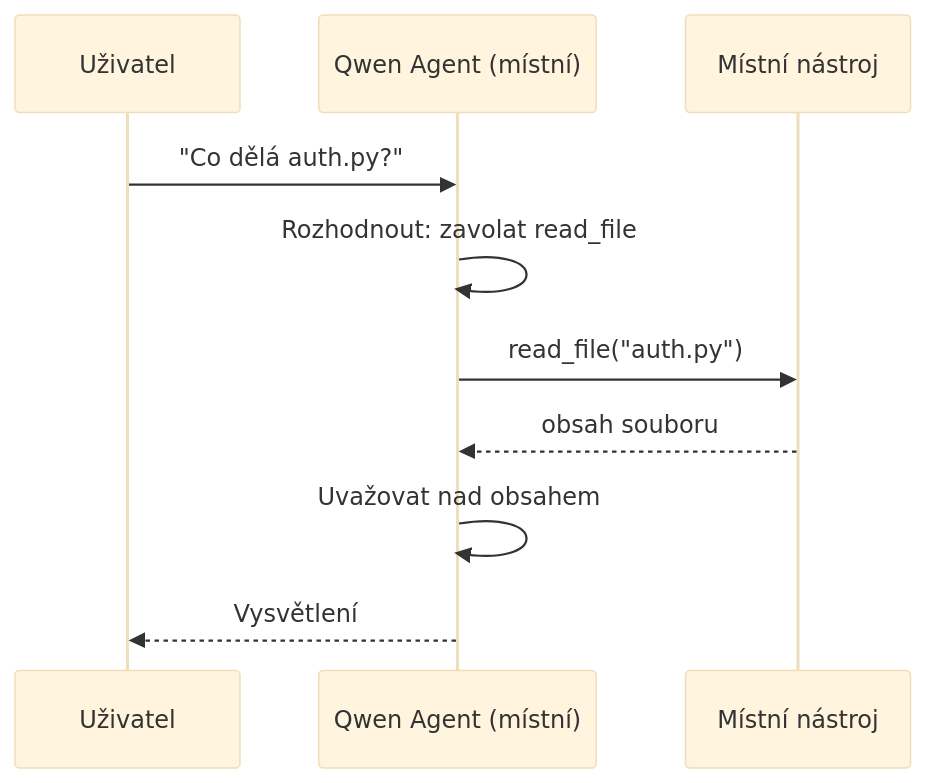
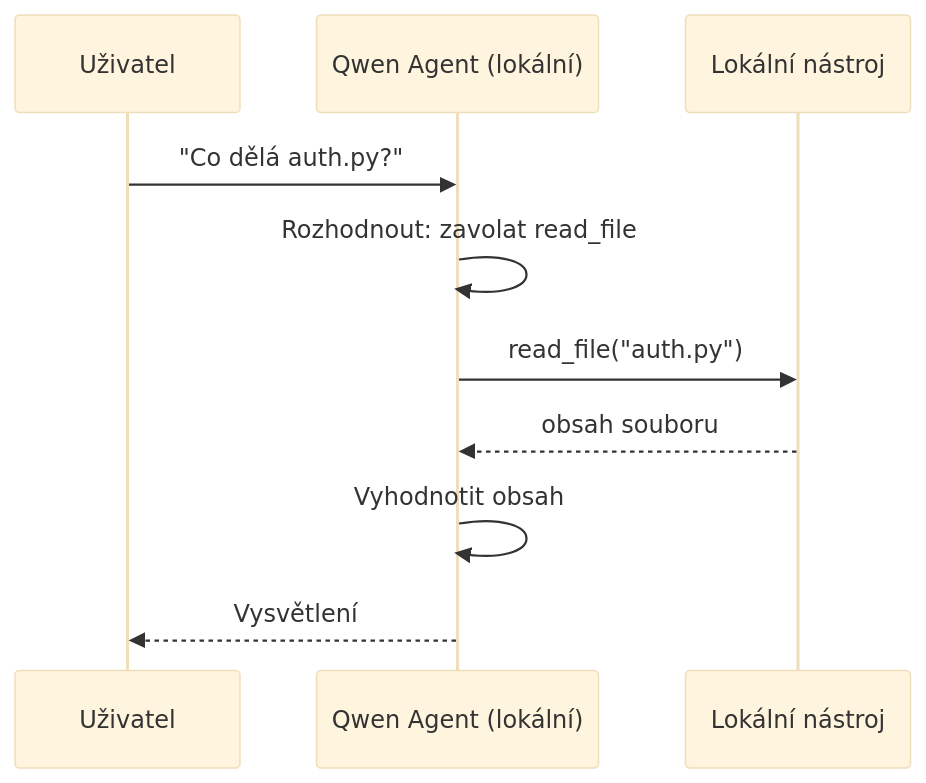
Before and after one commit to microsoft/ai-agents-for-beginners: the second of 4 diagrams in translations/cs/17-creating-local-ai-agents/README.md, drawn with Mermaid (base theme). The commit also changed other lines of this file and 47 other files, not shown here.

````diff
--- a/translations/cs/17-creating-local-ai-agents/README.md
+++ b/translations/cs/17-creating-local-ai-agents/README.md
@@ -106,12 +106,12 @@
 ```mermaid
 sequenceDiagram
     participant U as Uživatel
-    participant A as Qwen Agent (místní)
-    participant T as Místní nástroj
+    participant A as Qwen Agent (lokální)
+    participant T as Lokální nástroj
     U->>A: "Co dělá auth.py?"
     A->>A: Rozhodnout: zavolat read_file
     A->>T: read_file("auth.py")
     T-->>A: obsah souboru
-    A->>A: Uvažovat nad obsahem
+    A->>A: Vyhodnotit obsah
     A-->>U: Vysvětlení
 ```
````
